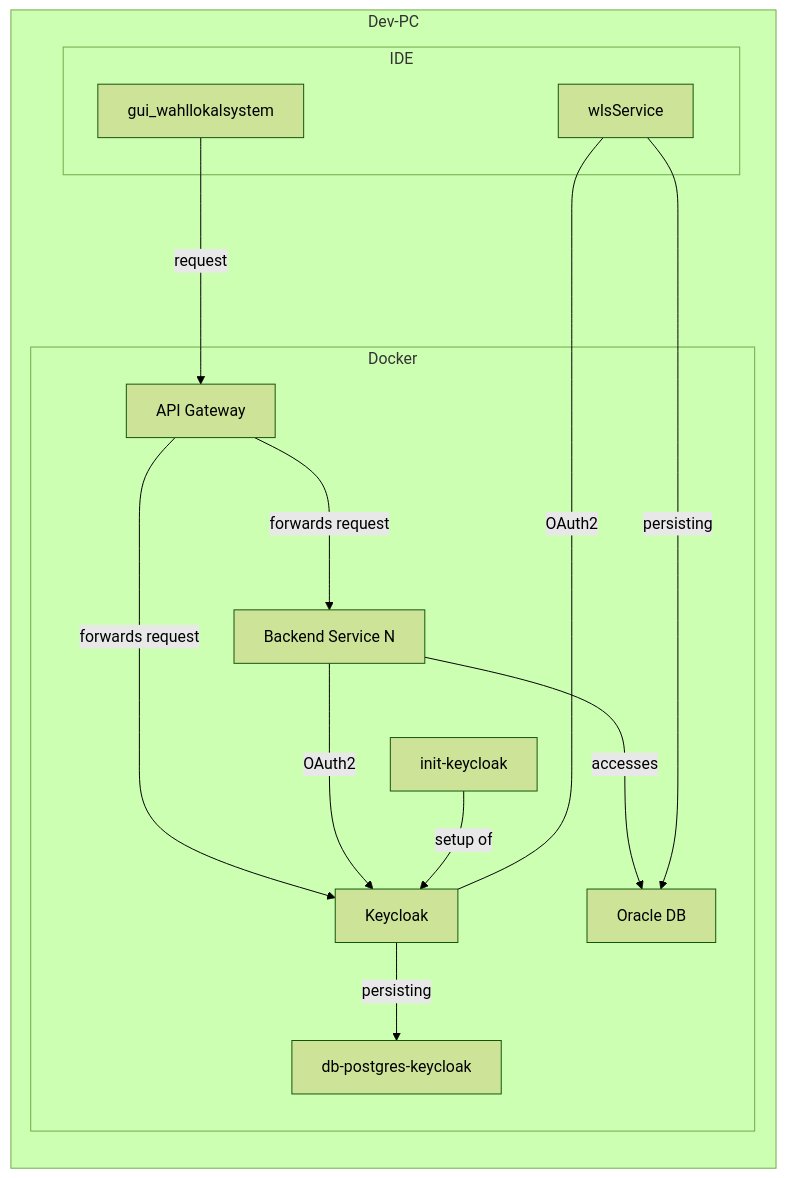
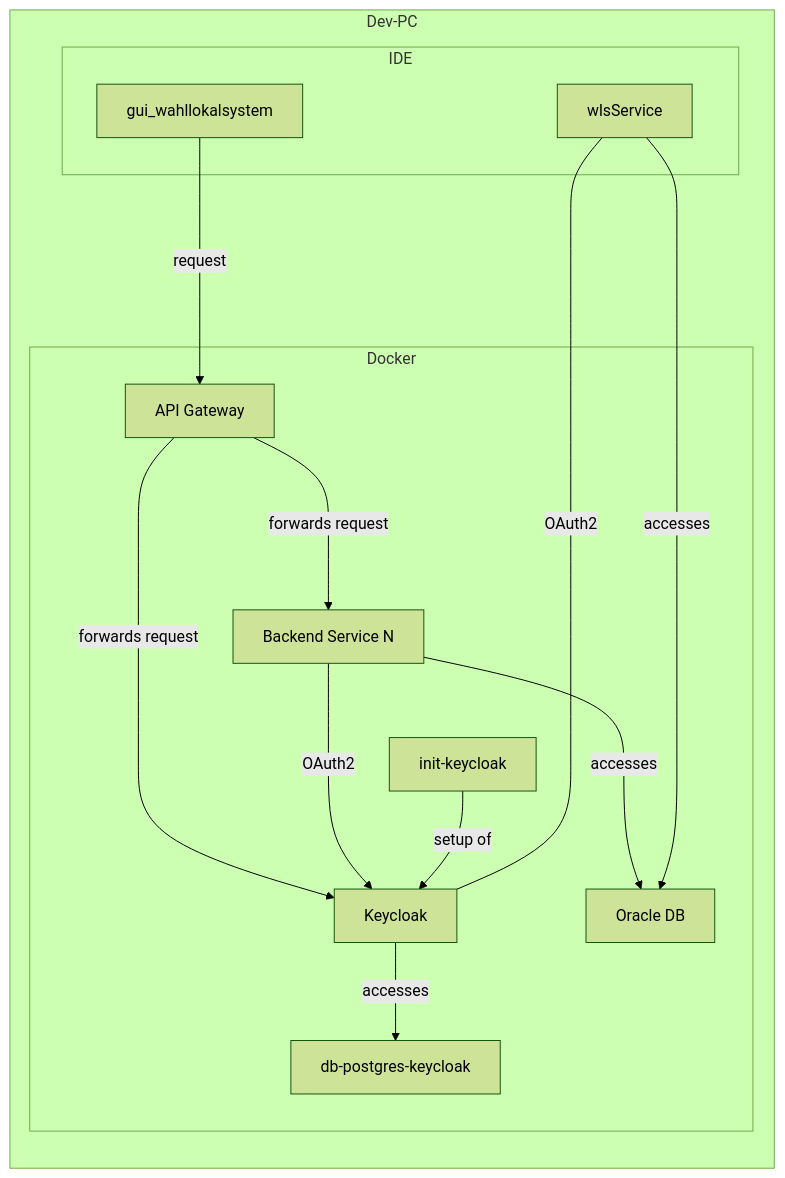
One commit to it-at-m/Wahllokalsystem changed the diagram in docs/src/technik/development/index.md. Above: the diagram before and after it, drawn with Mermaid (forest theme).

Commit message:
#564 update docu mermaid chart

````diff
--- a/docs/src/technik/development/index.md
+++ b/docs/src/technik/development/index.md
@@ -5,33 +5,33 @@
 ```mermaid
 flowchart LR
     
     subgraph Dev-PC 
         subgraph IDE 
             wlsService
             frontend_gui[gui_wahllokalsystem]
         end
         
         subgraph Docker 
             keycloak[Keycloak]
             keycloakDB[db-postgres-keycloak]
             keycloakInit[init-keycloak]
             oracleDB[Oracle DB]
             apiGateway[API Gateway]
             backendServiceN[Backend Service N]
         end
 
         apiGateway --->|forwards request| keycloak
         apiGateway --->|forwards request| backendServiceN
 
         backendServiceN --->|accesses| oracleDB
         backendServiceN --->|OAuth2| keycloak
 
         frontend_gui --->|request| apiGateway
 
-        keycloak-->|persisting| keycloakDB
+        keycloak-->|accesses| keycloakDB
         keycloakInit-->|setup of| keycloak
 
         wlsService ---|OAuth2| keycloak
-        wlsService --->|persisting|oracleDB
+        wlsService --->|accesses|oracleDB
     end
 ```
````
